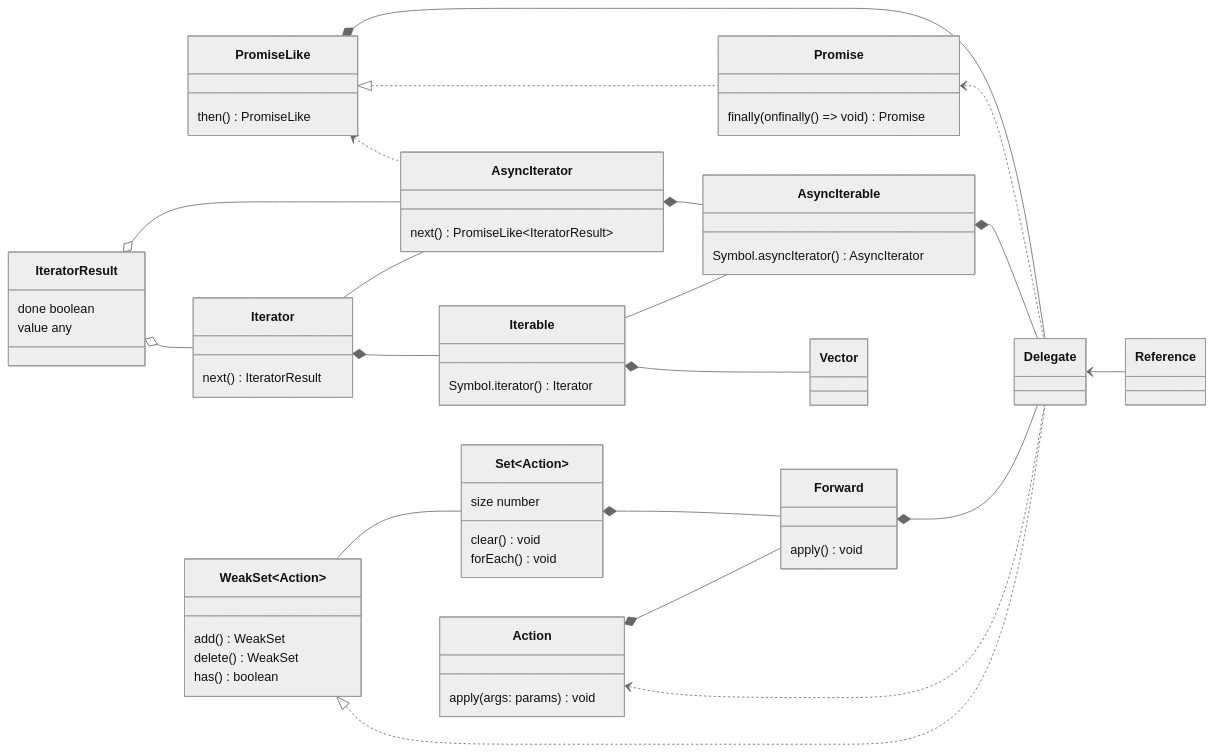
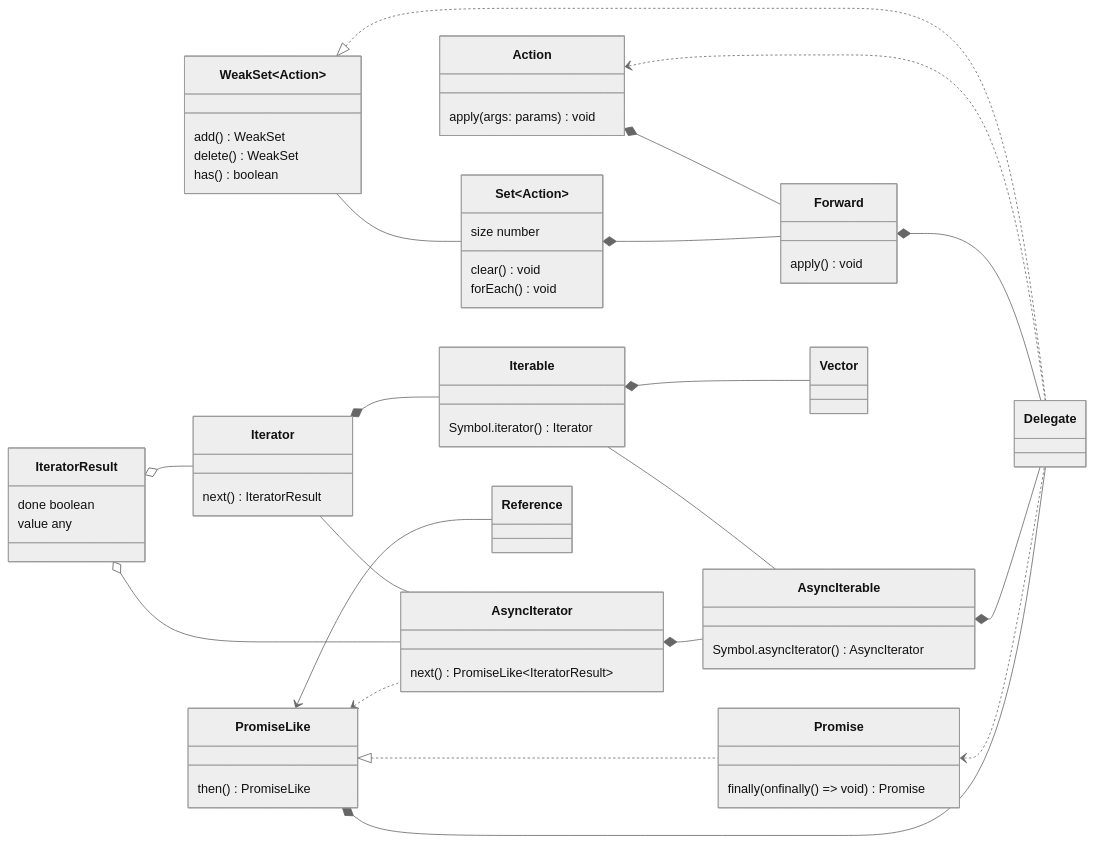
Before and after one commit to domrally/peekeasy: the fifth of 5 diagrams in README.md, drawn with Mermaid (neutral theme). The commit also changed other lines of this file and 29 other files, not shown here.

````diff
--- a/README.md
+++ b/README.md
@@ -221,69 +216,69 @@
 ```mermaid
 classDiagram
     direction LR
     PromiseLike <|.. Promise
     PromiseLike *-- Delegate
     Promise <.. Delegate
     PromiseLike <.. AsyncIterator
     IteratorResult o-- AsyncIterator
     Iterator -- AsyncIterator
     AsyncIterator *-- AsyncIterable
     Iterable -- AsyncIterable
     AsyncIterable *-- Delegate
     IteratorResult o-- Iterator
     Iterator *-- Iterable
     Forward *-- Delegate
     Action <.. Delegate
     Set~Action~ *-- Forward
     Action *-- Forward
     WeakSet~Action~ -- Set~Action~
     WeakSet~Action~ <|.. Delegate
-    Delegate <-- Reference
+    PromiseLike <-- Reference
     Iterable *-- Vector
     class IteratorResult {
         done boolean
         value any
     }
     class AsyncIterable {
         Symbol.asyncIterator() AsyncIterator
     }
     class Iterable {
         Symbol.iterator() Iterator
     }
     class Iterator {
         next() IteratorResult
     }
     class AsyncIterator {
         next() PromiseLike~IteratorResult~
     }
     class PromiseLike {
         then() PromiseLike
     }
     class Promise {
         finally(onfinally () => void) Promise
     }
     class WeakSet {
         add() WeakSet
         delete() WeakSet
         has() boolean
     }
     class Set {
         size number
         clear() void
         forEach() void
     }
     class Action {
         apply(args: params) void
     }
 	 link Action "https://github.com/domrally/peekeasy/blob/main/src/action.ts" "action.ts"
     class Forward {
         apply() void
     }
     link Forward "https://github.com/domrally/peekeasy/blob/main/src/forward.ts" "forward.ts"
     class Delegate
     link Delegate "https://github.com/domrally/peekeasy/blob/main/src/delegate.ts" "delegate.ts"
     class Vector
     link Vector "https://github.com/domrally/peekeasy/blob/main/src/vector.ts" "vector.ts"
 	 class Reference
 	 link Reference "https://github.com/domrally/peekeasy/blob/main/src/reference.ts" "reference.ts"
 ```
````
